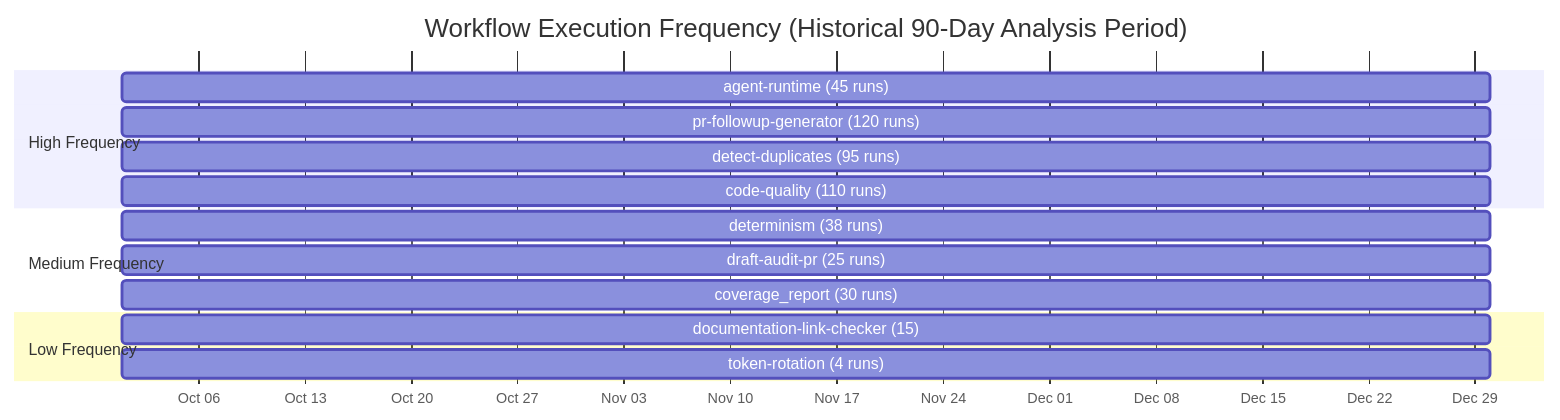
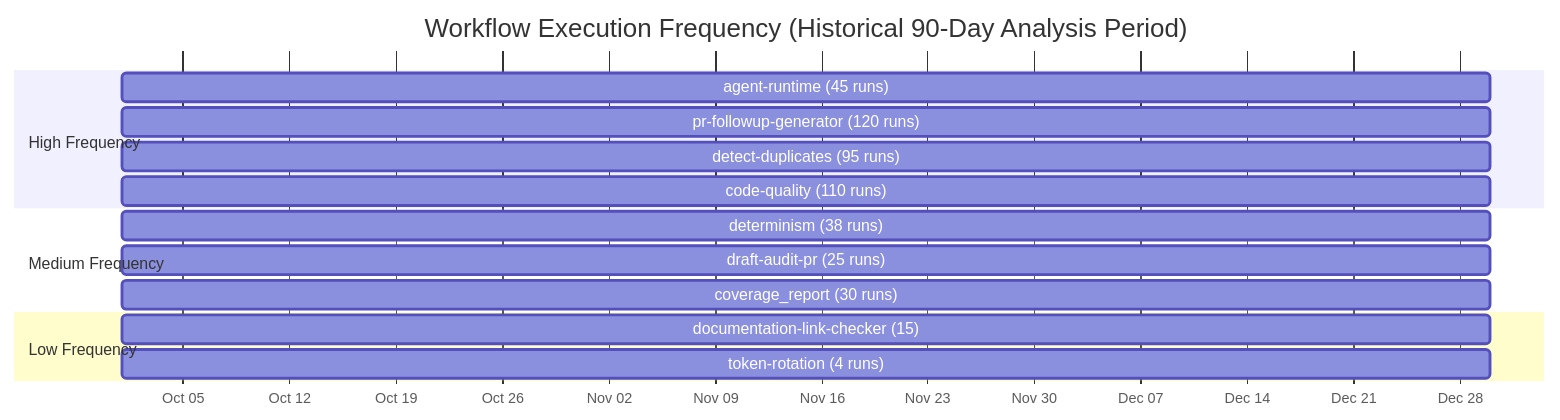
Before and after one commit to Aries-Serpent/_codex_: the sixth of 8 diagrams in .github/workflows/PHYSICS_BASED_WORKFLOW_PRIORITIZATION.md, drawn with Mermaid. The commit also changed other lines of this file and 912 other files, not shown here.

````diff
--- a/.github/workflows/PHYSICS_BASED_WORKFLOW_PRIORITIZATION.md
+++ b/.github/workflows/PHYSICS_BASED_WORKFLOW_PRIORITIZATION.md
@@ -296,21 +296,21 @@
 ```mermaid
 gantt
     title Workflow Execution Frequency (Historical 90-Day Analysis Period)
     dateFormat YYYY-MM-DD
     axisFormat %b %d
     
     section High Frequency
-    agent-runtime (45 runs)           :a1, 2024-10-01, 90d
-    pr-followup-generator (120 runs)  :a2, 2024-10-01, 90d
-    detect-duplicates (95 runs)       :a3, 2024-10-01, 90d
-    code-quality (110 runs)           :a4, 2024-10-01, 90d
+    agent-runtime (45 runs)           :a1, 2025-10-01, 90d
+    pr-followup-generator (120 runs)  :a2, 2025-10-01, 90d
+    detect-duplicates (95 runs)       :a3, 2025-10-01, 90d
+    code-quality (110 runs)           :a4, 2025-10-01, 90d
     
     section Medium Frequency
-    determinism (38 runs)             :b1, 2024-10-01, 90d
-    draft-audit-pr (25 runs)          :b2, 2024-10-01, 90d
-    coverage_report (30 runs)         :b3, 2024-10-01, 90d
+    determinism (38 runs)             :b1, 2025-10-01, 90d
+    draft-audit-pr (25 runs)          :b2, 2025-10-01, 90d
+    coverage_report (30 runs)         :b3, 2025-10-01, 90d
     
     section Low Frequency
-    documentation-link-checker (15)   :c1, 2024-10-01, 90d
-    token-rotation (4 runs)           :c2, 2024-10-01, 90d
+    documentation-link-checker (15)   :c1, 2025-10-01, 90d
+    token-rotation (4 runs)           :c2, 2025-10-01, 90d
 ```
````
